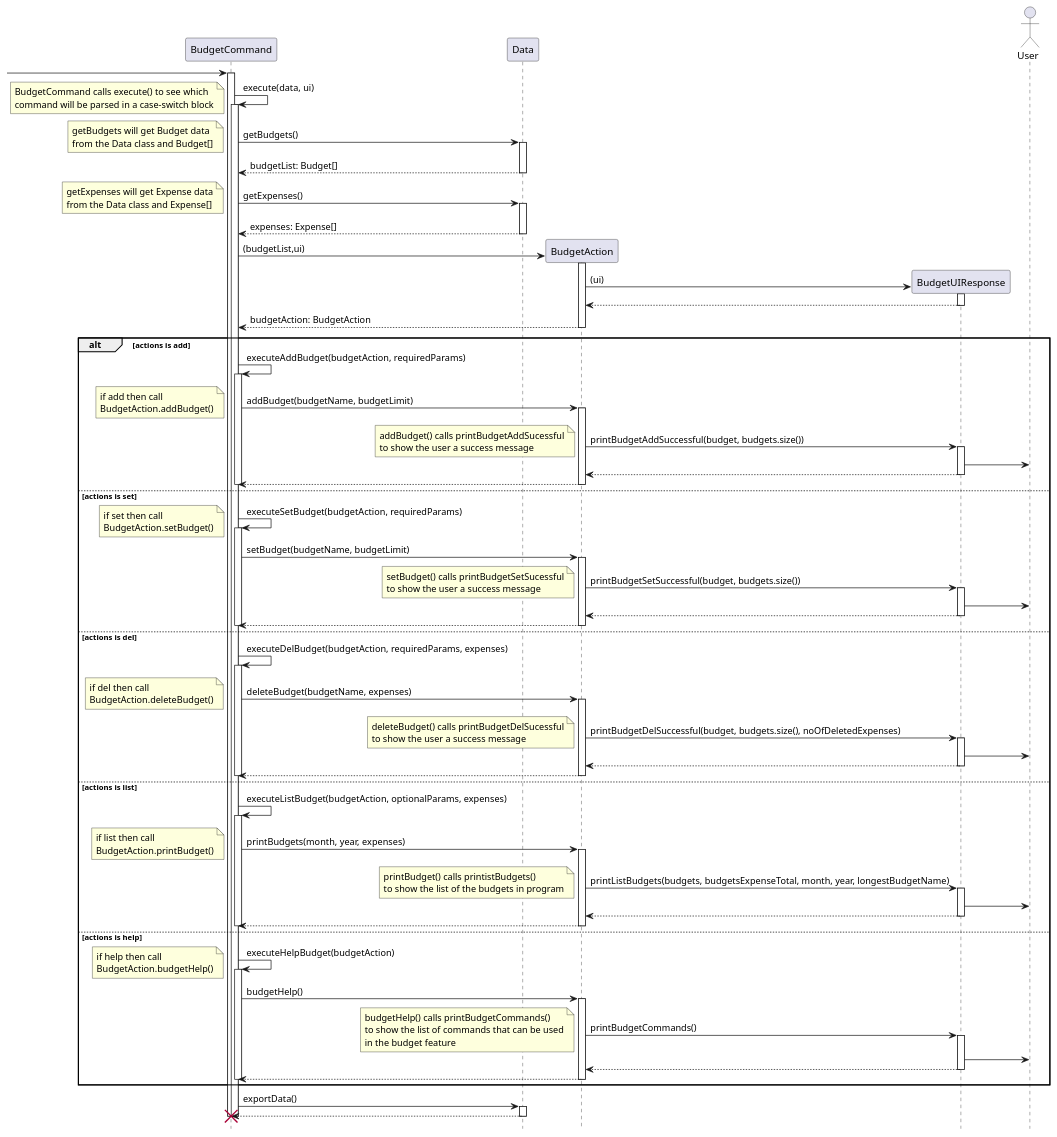
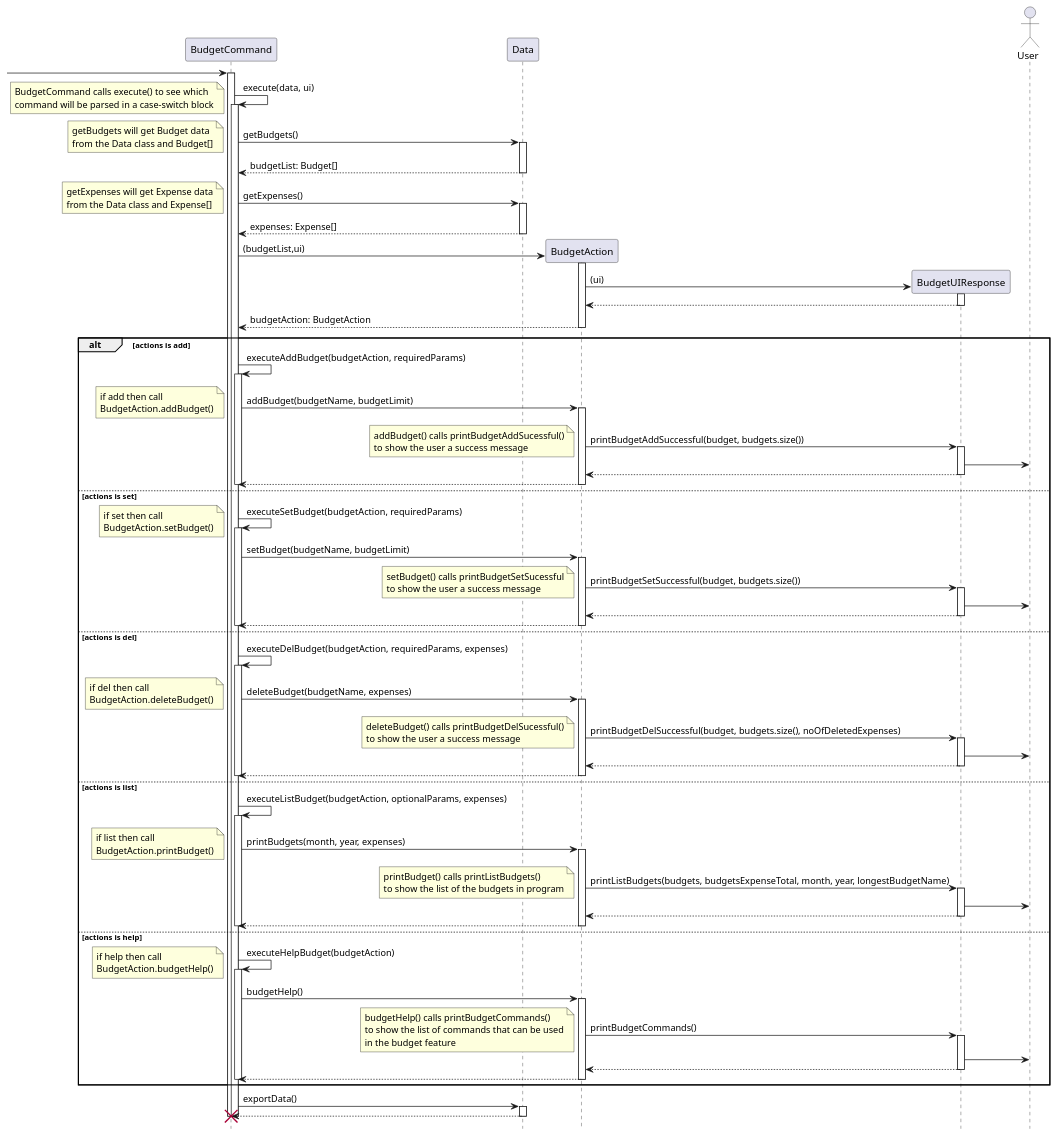
One commit to stephenkyang/tp changed the diagram in docs/diagrams/BudgetCommandSequence.puml. Above: the diagram before and after it, drawn with PlantUML.

Commit message:
fixed two typos

```diff
--- a/docs/diagrams/BudgetCommandSequence.puml
+++ b/docs/diagrams/BudgetCommandSequence.puml
@@ -1,171 +1,171 @@
 @startuml
 
 hide footbox
 
 participant BudgetCommand
 participant Data
 participant BudgetAction
 participant BudgetUIResponse
 actor User
 
  -> "BudgetCommand":
 
 activate "BudgetCommand"
 
 "BudgetCommand" -> "BudgetCommand": execute(data, ui)
 note left
     BudgetCommand calls execute() to see which
     command will be parsed in a case-switch block
  end note
 activate  "BudgetCommand"
 "BudgetCommand" -> "Data": getBudgets()
 note left
     getBudgets will get Budget data
     from the Data class and Budget[]
  end note
 activate "Data"
 
 return budgetList: Budget[]
 deactivate "Data"
 
 
 "BudgetCommand" -> "Data": getExpenses()
 note left
     getExpenses will get Expense data
     from the Data class and Expense[]
  end note
 activate "Data"
 return expenses: Expense[]
 
 
 "BudgetCommand" -> "BudgetAction" ** : (budgetList,ui)
 
 activate "BudgetAction"
 
 "BudgetAction" -> "BudgetUIResponse" ** : (ui)
 activate "BudgetUIResponse"
 "BudgetUIResponse" --> "BudgetAction"
 deactivate "BudgetUIResponse"
 
 return budgetAction: BudgetAction
 deactivate "BudgetAction"
 
 
 alt actions is add
 "BudgetCommand" -> "BudgetCommand": executeAddBudget(budgetAction, requiredParams)
 activate "BudgetCommand"
 "BudgetCommand" -> "BudgetAction" : addBudget(budgetName, budgetLimit)
 note left
     if add then call
     BudgetAction.addBudget()
  end note
 activate "BudgetAction"
 "BudgetAction" -> "BudgetUIResponse" : printBudgetAddSuccessful(budget, budgets.size())
 note left
-    addBudget() calls printBudgetAddSucessful
+    addBudget() calls printBudgetAddSucessful()
     to show the user a success message
  end note
 activate "BudgetUIResponse"
 "BudgetUIResponse" -> User
 return
 return
 
 deactivate "BudgetCommand"
 
 else actions is set
 
 "BudgetCommand" -> "BudgetCommand": executeSetBudget(budgetAction, requiredParams)
 note left
     if set then call
     BudgetAction.setBudget()
  end note
 activate "BudgetCommand"
 "BudgetCommand" -> "BudgetAction" : setBudget(budgetName, budgetLimit)
 
 activate "BudgetAction"
 "BudgetAction" -> "BudgetUIResponse" : printBudgetSetSuccessful(budget, budgets.size())
 note left
     setBudget() calls printBudgetSetSucessful
     to show the user a success message
  end note
 activate "BudgetUIResponse"
 "BudgetUIResponse" -> User
 return
 return
 
 deactivate "BudgetCommand"
 
 else actions is del
 "BudgetCommand" -> "BudgetCommand": executeDelBudget(budgetAction, requiredParams, expenses)
 activate "BudgetCommand"
 "BudgetCommand" -> "BudgetAction" : deleteBudget(budgetName, expenses)
 note left
     if del then call
     BudgetAction.deleteBudget()
  end note
 activate "BudgetAction"
 "BudgetAction" -> "BudgetUIResponse" : printBudgetDelSuccessful(budget, budgets.size(), noOfDeletedExpenses)
 note left
-    deleteBudget() calls printBudgetDelSucessful
+    deleteBudget() calls printBudgetDelSucessful()
     to show the user a success message
  end note
 activate "BudgetUIResponse"
 "BudgetUIResponse" -> User
 return
 return
 
 deactivate "BudgetCommand"
 
 else actions is list
 "BudgetCommand" -> "BudgetCommand": executeListBudget(budgetAction, optionalParams, expenses)
 activate "BudgetCommand"
 "BudgetCommand" -> "BudgetAction" : printBudgets(month, year, expenses)
 note left
     if list then call
     BudgetAction.printBudget()
  end note
 activate "BudgetAction"
 "BudgetAction" -> "BudgetUIResponse" : printListBudgets(budgets, budgetsExpenseTotal, month, year, longestBudgetName)
 note left
-    printBudget() calls printistBudgets()
+    printBudget() calls printListBudgets()
     to show the list of the budgets in program
  end note
 activate "BudgetUIResponse"
 "BudgetUIResponse" -> User
 return
 return
 
 deactivate "BudgetCommand"
 
 else actions is help
 "BudgetCommand" -> "BudgetCommand": executeHelpBudget(budgetAction)
 note left
     if help then call
     BudgetAction.budgetHelp()
  end note
 activate "BudgetCommand"
 "BudgetCommand" -> "BudgetAction" : budgetHelp()
 activate "BudgetAction"
 "BudgetAction" -> "BudgetUIResponse" : printBudgetCommands()
 note left
     budgetHelp() calls printBudgetCommands()
     to show the list of commands that can be used
     in the budget feature
  end note
 activate "BudgetUIResponse"
 "BudgetUIResponse" -> User
 return
 return
 
 deactivate "BudgetCommand"
 end
 
 "BudgetCommand" -> "Data": exportData()
 activate "Data"
 return
 deactivate "Data"
 
 destroy "BudgetCommand"
 deactivate "BudgetCommand"
 
 @enduml
```
